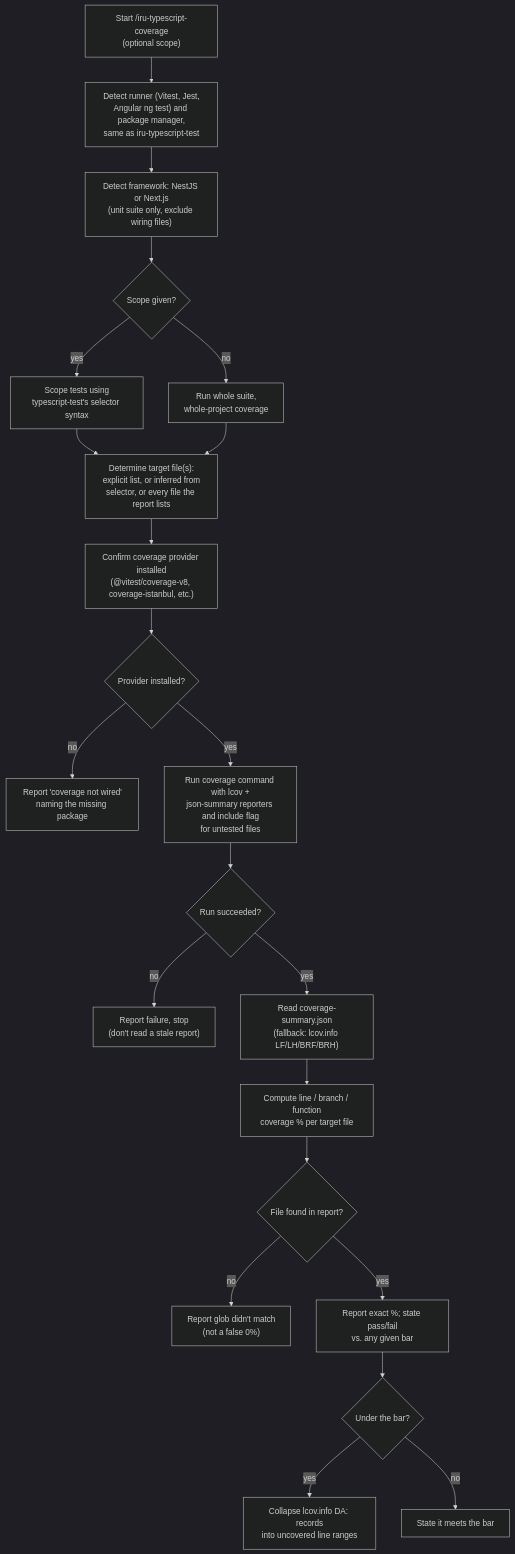
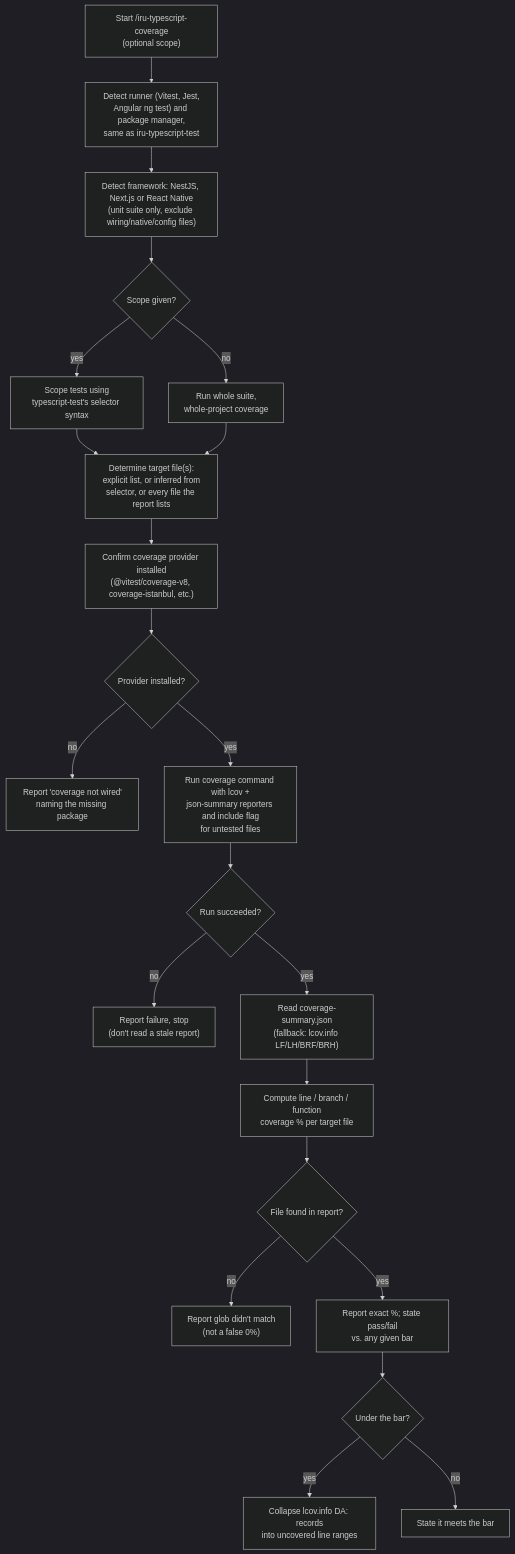
One commit to albertoirurueta/ai-catalog changed the diagram in docs/modules/ROOT/pages/skills/iru-typescript-coverage.adoc. Above: the diagram before and after it, drawn with Mermaid (dark theme). The commit also changed other lines of this file and 138 other files, not shown here.

First line of the commit message:
Add Kotlin Multiplatform and React Native (Expo + Metro) support (#24)

```diff
--- a/docs/modules/ROOT/pages/skills/iru-typescript-coverage.adoc
+++ b/docs/modules/ROOT/pages/skills/iru-typescript-coverage.adoc
@@ -78,25 +84,25 @@
 [mermaid]
 ....
 flowchart TD
     A["Start /iru-typescript-coverage\n(optional scope)"] --> B["Detect runner (Vitest, Jest,\nAngular ng test) and package manager,\nsame as iru-typescript-test"]
-    B --> B2["Detect framework: NestJS or Next.js\n(unit suite only, exclude wiring files)"]
+    B --> B2["Detect framework: NestJS, Next.js or React Native\n(unit suite only, exclude wiring/native/config files)"]
     B2 --> C{Scope given?}
     C -- yes --> D["Scope tests using\ntypescript-test's selector syntax"]
     C -- no --> E["Run whole suite,\nwhole-project coverage"]
     D --> F
     E --> F["Determine target file(s):\nexplicit list, or inferred from\nselector, or every file the report lists"]
     F --> G["Confirm coverage provider installed\n(@vitest/coverage-v8, coverage-istanbul, etc.)"]
     G --> H{Provider installed?}
     H -- no --> I["Report 'coverage not wired'\nnaming the missing package"]
     H -- yes --> J["Run coverage command with lcov +\njson-summary reporters and include flag\nfor untested files"]
     J --> K{Run succeeded?}
     K -- no --> L["Report failure, stop\n(don't read a stale report)"]
     K -- yes --> M["Read coverage-summary.json\n(fallback: lcov.info LF/LH/BRF/BRH)"]
     M --> N["Compute line / branch / function\ncoverage % per target file"]
     N --> O{File found in report?}
     O -- no --> P["Report glob didn't match\n(not a false 0%)"]
     O -- yes --> Q["Report exact %; state pass/fail\nvs. any given bar"]
     Q --> R{Under the bar?}
     R -- yes --> S["Collapse lcov.info DA: records\ninto uncovered line ranges"]
     R -- no --> T["State it meets the bar"]
 ....
```
